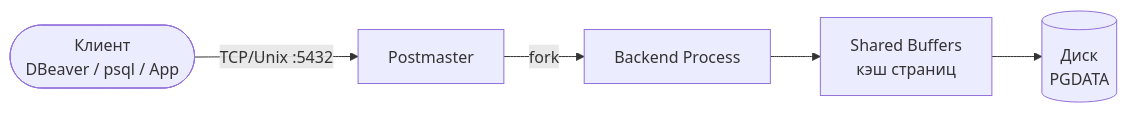
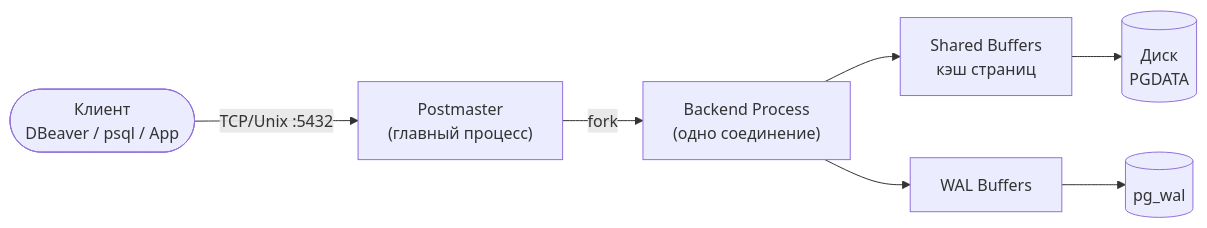
Before and after one commit to sayr777/dba: the first of 4 diagrams in lectures/lec_01/lec_01.md, drawn with Mermaid. The commit also changed other lines of this file and 24 other files, not shown here.

````diff
--- a/lectures/lec_01/lec_01.md
+++ b/lectures/lec_01/lec_01.md
@@ -57,7 +93,9 @@
 ```mermaid
 flowchart LR
-    Client([Клиент\nDBeaver / psql / App]) -->|"TCP/Unix :5432"| Postmaster[Postmaster]
-    Postmaster -->|fork| Backend[Backend Process]
-    Backend --> SB[Shared Buffers\nкэш страниц]
-    SB --> Disk[(Диск\nPGDATA)]
+    Client(["Клиент<br/>DBeaver / psql / App"]) -->|"TCP/Unix :5432"| Postmaster["Postmaster<br/>(главный процесс)"]
+    Postmaster -->|fork| Backend["Backend Process<br/>(одно соединение)"]
+    Backend --> SB["Shared Buffers<br/>кэш страниц"]
+    SB --> Disk[("Диск<br/>PGDATA")]
+    Backend --> WAL["WAL Buffers"]
+    WAL --> WALDisk[("pg_wal")]
 ```
````
